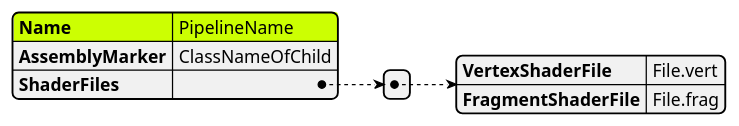
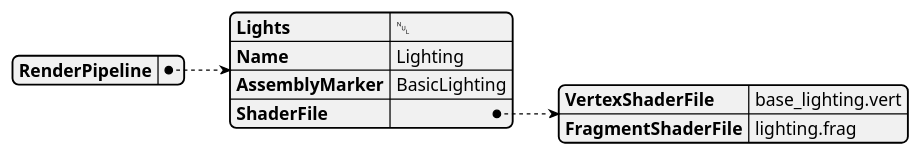
One commit to eliasstepanik/Engine3D changed the diagram in Engine3D/Diagrams/RenderPipeline.puml. Above: the diagram before and after it, drawn with PlantUML. The commit also changed 6 other files, not shown here.

```diff
--- a/Engine3D/Diagrams/RenderPipeline.puml
+++ b/Engine3D/Diagrams/RenderPipeline.puml
@@ -1,13 +1,14 @@
 @startjson
 #highlight "Name"
 {
-    "Name":"PipelineName",
-    "AssemblyMarker": "ClassNameOfChild",
-    "ShaderFiles":[
-        {
-            "VertexShaderFile": "File.vert",
-            "FragmentShaderFile": "File.frag"
+    "RenderPipeline": {
+        "Lights": null,
+        "Name": "Lighting",
+        "AssemblyMarker": "BasicLighting",
+        "ShaderFile": {
+          "VertexShaderFile": "base_lighting.vert",
+          "FragmentShaderFile": "lighting.frag"
         }
-    ]
+      }
 }
 @endjson
```
